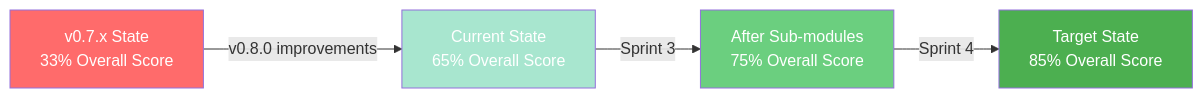
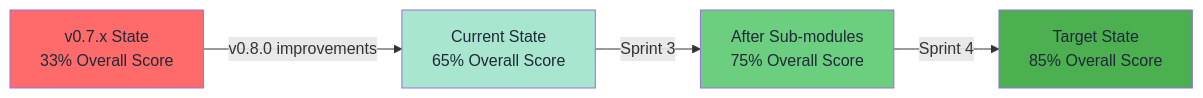
Before and after one commit to Hack23/European-Parliament-MCP-Server: the third of 3 diagrams in docs/api/media/JSDOC_COVERAGE_VISUALIZATION.md, drawn with Mermaid. The commit also changed other lines of this file and 14 other files, not shown here.

````diff
--- a/docs/api/media/JSDOC_COVERAGE_VISUALIZATION.md
+++ b/docs/api/media/JSDOC_COVERAGE_VISUALIZATION.md
@@ -284,15 +284,15 @@
 ```mermaid
 graph LR
     A[v0.7.x State<br/>33% Overall Score] -->|v0.8.0 improvements| B[Current State<br/>65% Overall Score]
     B -->|Sprint 3| C[After Sub-modules<br/>75% Overall Score]
     C -->|Sprint 4| D[Target State<br/>85% Overall Score]
 
-    style A fill:#FF6B6B,color:#ffffff
+    style A fill:#FF6B6B,color:#1f2937
 
-    style B fill:#A8E6CF,color:#ffffff
+    style B fill:#A8E6CF,color:#1f2937
 
-    style C fill:#6BCF7F,color:#ffffff
+    style C fill:#6BCF7F,color:#1f2937
 
-    style D fill:#4CAF50,color:#ffffff
+    style D fill:#4CAF50,color:#1f2937
 
 ```
````
